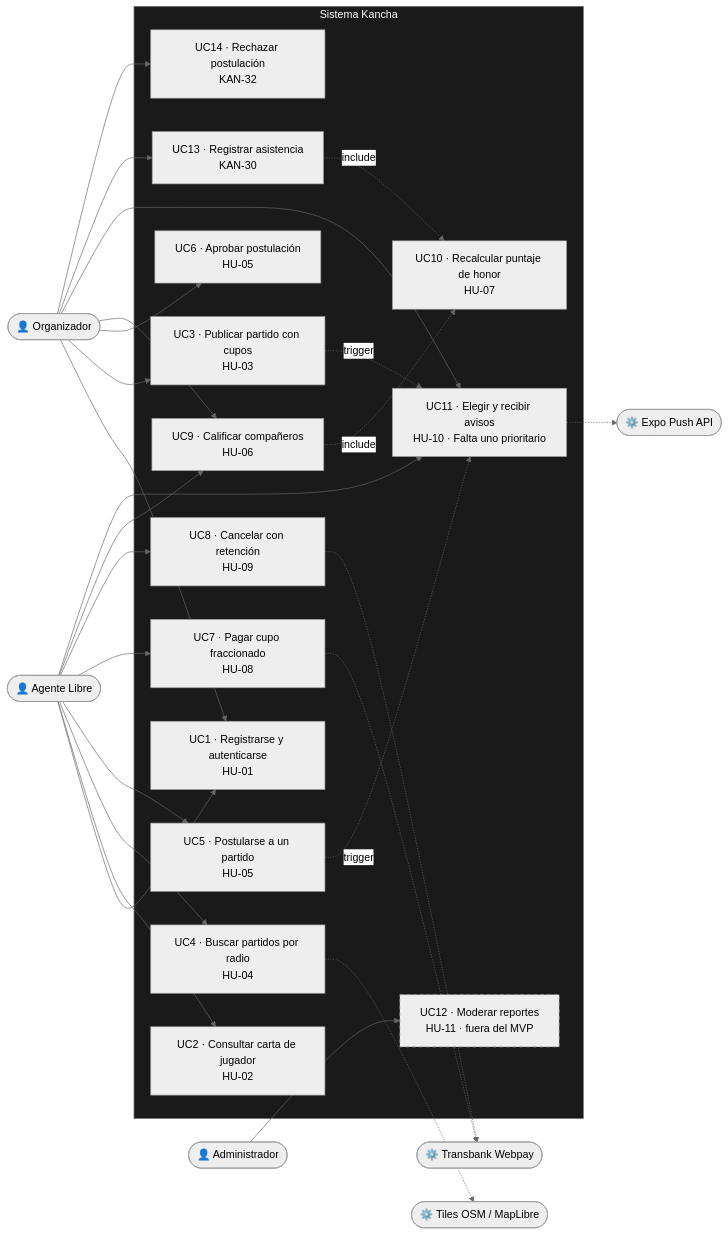
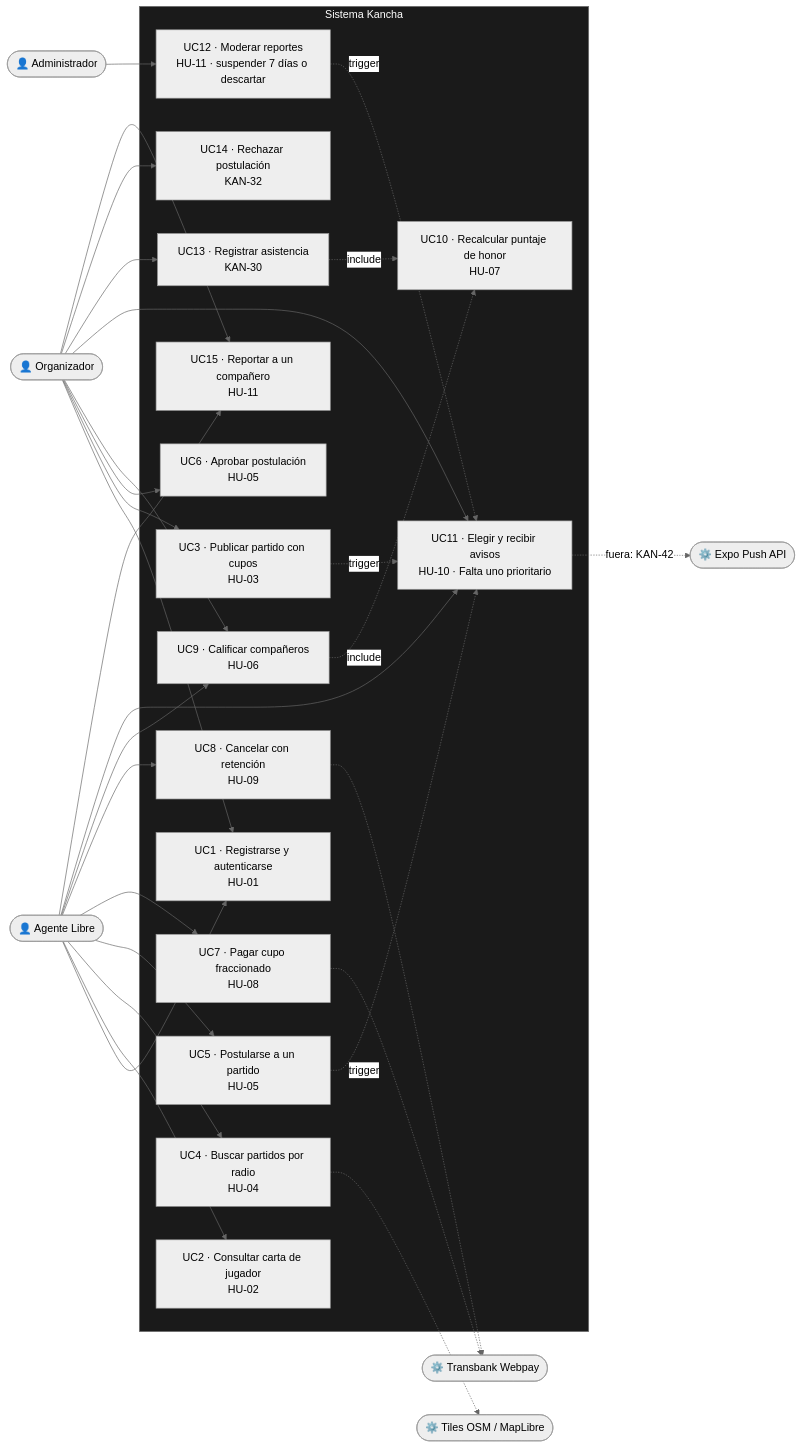
The diagram in fase-2-desarrollo/docs/diagramas/casos-de-uso.mmd (avenaaaa/KANCHA), drawn with Mermaid (neutral theme) before and after one commit. The commit also changed 35 other files, not shown here.

First line of the commit message:
feat(moderation): reportar conducta y moderar con suspensión de 7 días (HU-11, KAN-17)

```diff
--- a/fase-2-desarrollo/docs/diagramas/casos-de-uso.mmd
+++ b/fase-2-desarrollo/docs/diagramas/casos-de-uso.mmd
@@ -1,40 +1,41 @@
 flowchart LR
     AL(["👤 Agente Libre"])
     OR(["👤 Organizador"])
     AD(["👤 Administrador"])
     TBK(["⚙️ Transbank Webpay"])
     PUSH(["⚙️ Expo Push API"])
     MAP(["⚙️ Tiles OSM / MapLibre"])
 
     subgraph KANCHA["Sistema Kancha"]
         UC1["UC1 · Registrarse y autenticarse<br/>HU-01"]
         UC2["UC2 · Consultar carta de jugador<br/>HU-02"]
         UC3["UC3 · Publicar partido con cupos<br/>HU-03"]
         UC4["UC4 · Buscar partidos por radio<br/>HU-04"]
         UC5["UC5 · Postularse a un partido<br/>HU-05"]
         UC6["UC6 · Aprobar postulación<br/>HU-05"]
         UC7["UC7 · Pagar cupo fraccionado<br/>HU-08"]
         UC8["UC8 · Cancelar con retención<br/>HU-09"]
         UC9["UC9 · Calificar compañeros<br/>HU-06"]
         UC10["UC10 · Recalcular puntaje de honor<br/>HU-07"]
         UC11["UC11 · Elegir y recibir avisos<br/>HU-10 · Falta uno prioritario"]
-        UC12["UC12 · Moderar reportes<br/>HU-11 · fuera del MVP"]
+        UC12["UC12 · Moderar reportes<br/>HU-11 · suspender 7 días o descartar"]
         UC13["UC13 · Registrar asistencia<br/>KAN-30"]
         UC14["UC14 · Rechazar postulación<br/>KAN-32"]
+        UC15["UC15 · Reportar a un compañero<br/>HU-11"]
     end
 
-    AL --> UC1 & UC2 & UC4 & UC5 & UC7 & UC8 & UC9 & UC11
-    OR --> UC1 & UC3 & UC6 & UC9 & UC11 & UC13 & UC14
+    AL --> UC1 & UC2 & UC4 & UC5 & UC7 & UC8 & UC9 & UC11 & UC15
+    OR --> UC1 & UC3 & UC6 & UC9 & UC11 & UC13 & UC14 & UC15
     AD --> UC12
 
     UC7 -.-> TBK
     UC8 -.-> TBK
     UC9 -.->|"include"| UC10
     UC4 -.-> MAP
-    UC11 -.-> PUSH
+    UC11 -.->|"fuera: KAN-42"| PUSH
     UC3 -.->|"trigger"| UC11
     UC5 -.->|"trigger"| UC11
     UC13 -.->|"include"| UC10
+    UC12 -.->|"trigger"| UC11
 
-    style UC12 stroke-dasharray: 5 5
     style KANCHA fill:#1A1A1A,color:#FFFFFF
```
